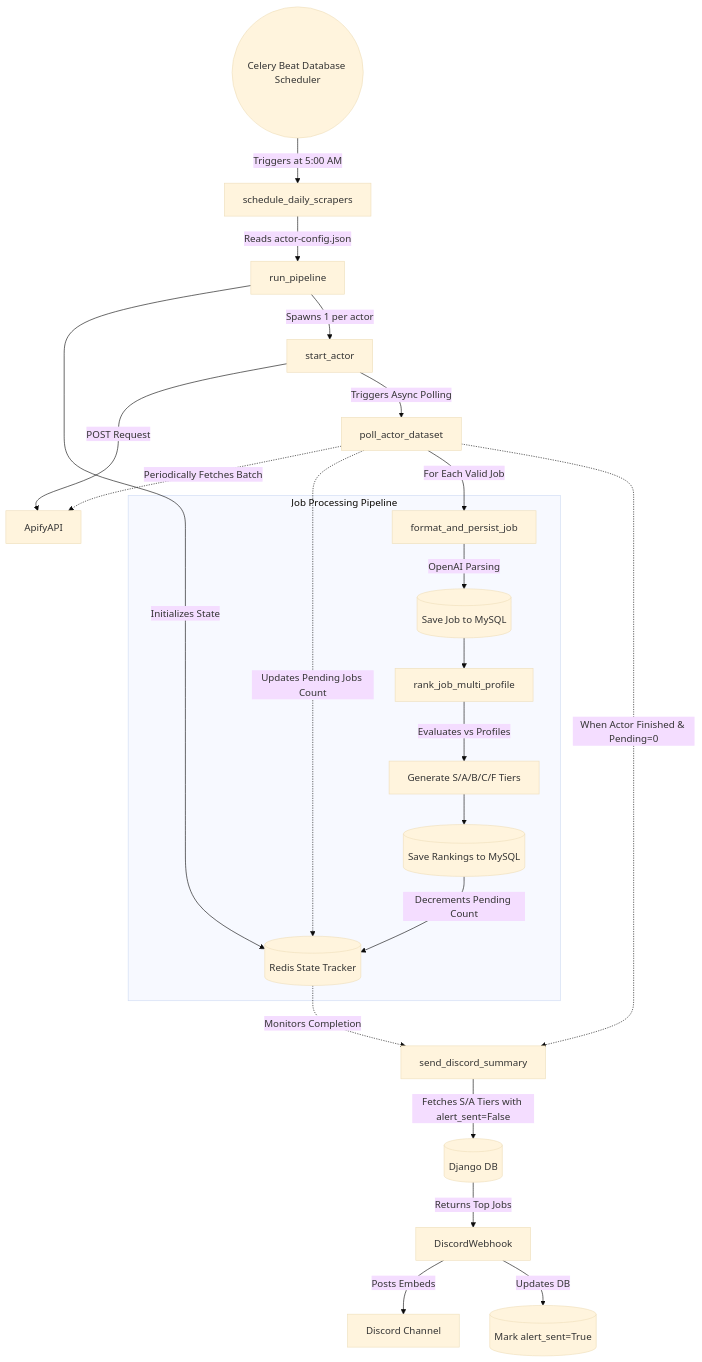
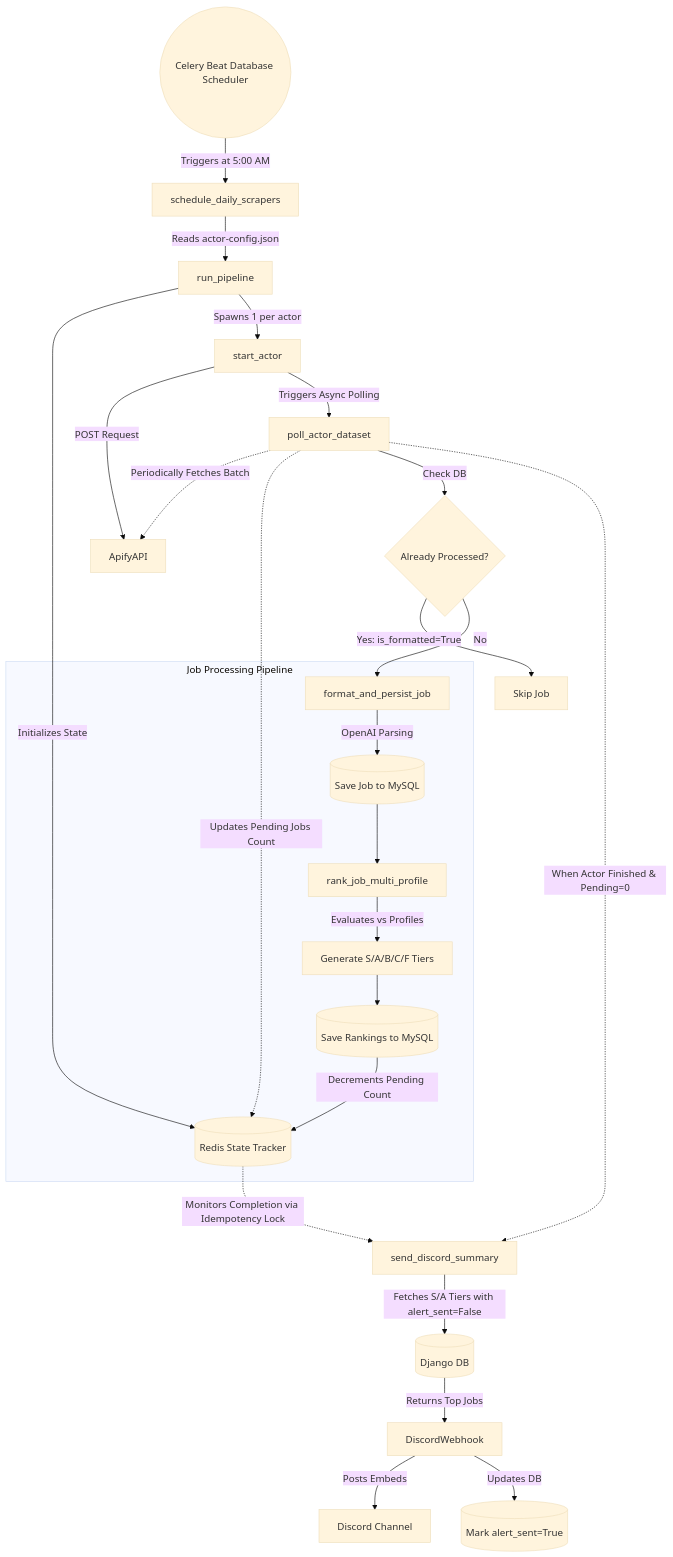
One commit to deep-astaad/job-hunt changed the diagram in README.md. Above: the diagram before and after it, drawn with Mermaid (base theme). The commit also changed other lines of this file and 5 other files, not shown here.

````diff
--- a/README.md
+++ b/README.md
@@ -29,33 +29,35 @@
 ```mermaid
 graph TD
     Beat((Celery Beat Database Scheduler)) -->|Triggers at 5:00 AM| schedule_daily_scrapers
     
     schedule_daily_scrapers -->|Reads actor-config.json| run_pipeline
     
     run_pipeline -->|Initializes State| Redis[(Redis State Tracker)]
     run_pipeline -->|Spawns 1 per actor| start_actor
     
     start_actor -->|POST Request| ApifyAPI
     start_actor -->|Triggers Async Polling| poll_actor_dataset
     
     poll_actor_dataset -.->|Periodically Fetches Batch| ApifyAPI
     poll_actor_dataset -.->|Updates Pending Jobs Count| Redis
     
-    poll_actor_dataset -->|For Each Valid Job| FormatChain
+    poll_actor_dataset -->|Check DB| SkipCheck{Already Processed?}
+    SkipCheck -->|Yes: is_formatted=True| Skip[Skip Job]
+    SkipCheck -->|No| FormatChain
     
     subgraph Job Processing Pipeline
         FormatChain[format_and_persist_job] -->|OpenAI Parsing| Persist[(Save Job to MySQL)]
         Persist --> RankChain[rank_job_multi_profile]
         RankChain -->|Evaluates vs Profiles| GenerateTiers[Generate S/A/B/C/F Tiers]
         GenerateTiers --> SaveRanks[(Save Rankings to MySQL)]
         SaveRanks -->|Decrements Pending Count| Redis
     end
     
     poll_actor_dataset -.->|When Actor Finished & Pending=0| send_discord_summary
-    Redis -.->|Monitors Completion| send_discord_summary
+    Redis -.->|Monitors Completion via Idempotency Lock| send_discord_summary
     
     send_discord_summary -->|Fetches S/A Tiers with alert_sent=False| MySQL[(Django DB)]
     MySQL -->|Returns Top Jobs| DiscordWebhook
     DiscordWebhook -->|Posts Embeds| DiscordChannel[Discord Channel]
     DiscordWebhook -->|Updates DB| MarkAlertSent[(Mark alert_sent=True)]
 ```
````
